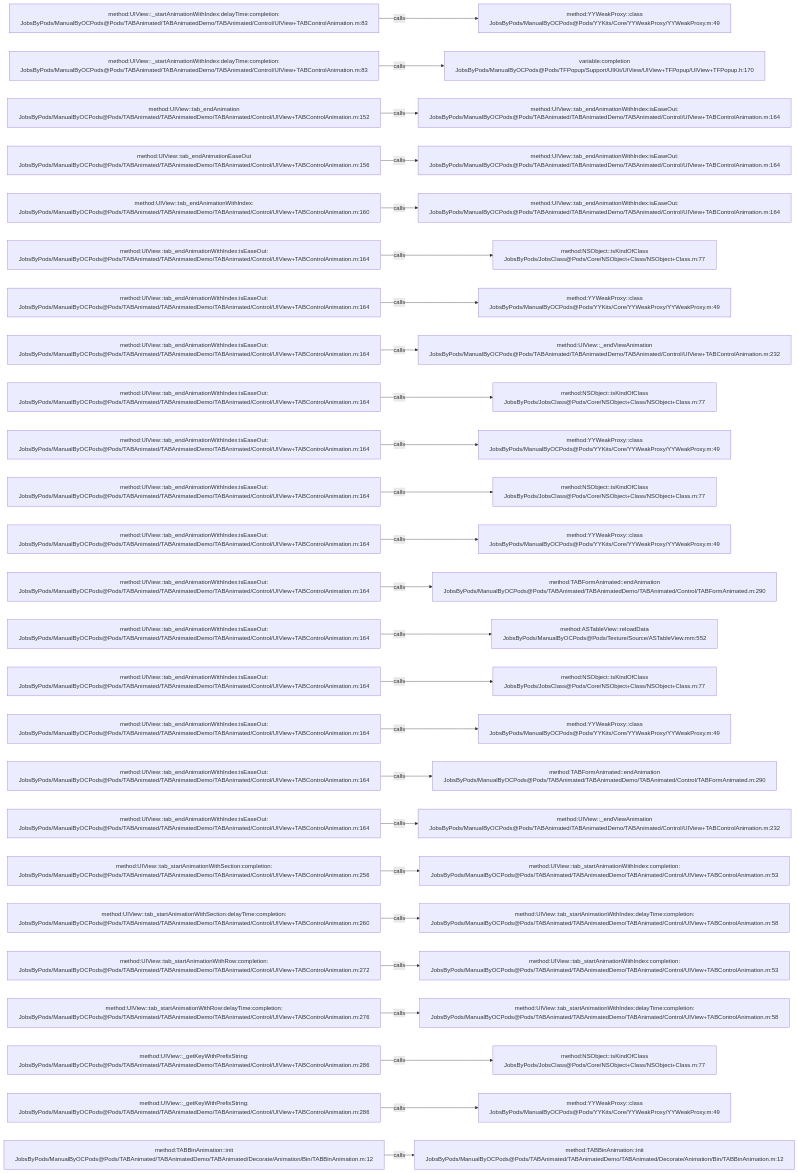
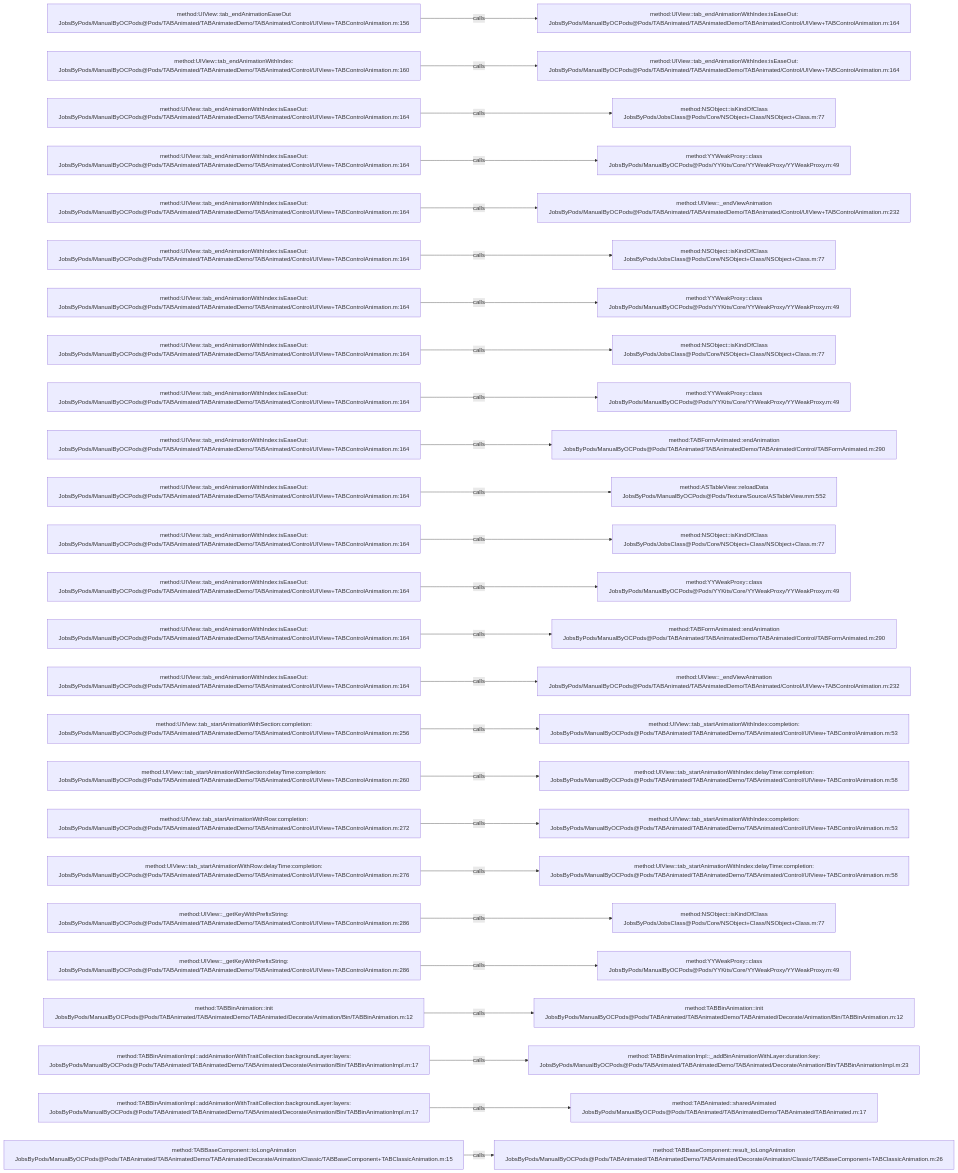
Before and after one commit to JobsKits/JobsOCBaseConfigDemo: the diagram in .codegraph/codegraph.md/graphs/calls-029.md, drawn with Mermaid. The commit also changed 342 other files, not shown here.

````diff
--- a/.codegraph/codegraph.md/graphs/calls-029.md
+++ b/.codegraph/codegraph.md/graphs/calls-029.md
@@ -13,78 +13,78 @@
 ```mermaid
 flowchart LR
-  S1["method:UIView::_startAnimationWithIndex:delayTime:completion:<br/>JobsByPods/ManualByOCPods@Pods/TABAnimated/TABAnimatedDemo/TABAnimated/Control/UIView+TABControlAnimation.m:83"]
-  T1["method:YYWeakProxy::class<br/>JobsByPods/ManualByOCPods@Pods/YYKits/Core/YYWeakProxy/YYWeakProxy.m:49"]
+  S1["method:UIView::tab_endAnimationEaseOut<br/>JobsByPods/ManualByOCPods@Pods/TABAnimated/TABAnimatedDemo/TABAnimated/Control/UIView+TABControlAnimation.m:156"]
+  T1["method:UIView::tab_endAnimationWithIndex:isEaseOut:<br/>JobsByPods/ManualByOCPods@Pods/TABAnimated/TABAnimatedDemo/TABAnimated/Control/UIView+TABControlAnimation.m:164"]
   S1 -->|calls| T1
-  S2["method:UIView::_startAnimationWithIndex:delayTime:completion:<br/>JobsByPods/ManualByOCPods@Pods/TABAnimated/TABAnimatedDemo/TABAnimated/Control/UIView+TABControlAnimation.m:83"]
-  T2["variable:completion<br/>JobsByPods/ManualByOCPods@Pods/TFPopup/Support/UIKit/UIView/UIView+TFPopup/UIView+TFPopup.h:170"]
+  S2["method:UIView::tab_endAnimationWithIndex:<br/>JobsByPods/ManualByOCPods@Pods/TABAnimated/TABAnimatedDemo/TABAnimated/Control/UIView+TABControlAnimation.m:160"]
+  T2["method:UIView::tab_endAnimationWithIndex:isEaseOut:<br/>JobsByPods/ManualByOCPods@Pods/TABAnimated/TABAnimatedDemo/TABAnimated/Control/UIView+TABControlAnimation.m:164"]
   S2 -->|calls| T2
-  S3["method:UIView::tab_endAnimation<br/>JobsByPods/ManualByOCPods@Pods/TABAnimated/TABAnimatedDemo/TABAnimated/Control/UIView+TABControlAnimation.m:152"]
-  T3["method:UIView::tab_endAnimationWithIndex:isEaseOut:<br/>JobsByPods/ManualByOCPods@Pods/TABAnimated/TABAnimatedDemo/TABAnimated/Control/UIView+TABControlAnimation.m:164"]
+  S3["method:UIView::tab_endAnimationWithIndex:isEaseOut:<br/>JobsByPods/ManualByOCPods@Pods/TABAnimated/TABAnimatedDemo/TABAnimated/Control/UIView+TABControlAnimation.m:164"]
+  T3["method:NSObject::isKindOfClass<br/>JobsByPods/JobsClass@Pods/Core/NSObject+Class/NSObject+Class.m:77"]
   S3 -->|calls| T3
-  S4["method:UIView::tab_endAnimationEaseOut<br/>JobsByPods/ManualByOCPods@Pods/TABAnimated/TABAnimatedDemo/TABAnimated/Control/UIView+TABControlAnimation.m:156"]
-  T4["method:UIView::tab_endAnimationWithIndex:isEaseOut:<br/>JobsByPods/ManualByOCPods@Pods/TABAnimated/TABAnimatedDemo/TABAnimated/Control/UIView+TABControlAnimation.m:164"]
+  S4["method:UIView::tab_endAnimationWithIndex:isEaseOut:<br/>JobsByPods/ManualByOCPods@Pods/TABAnimated/TABAnimatedDemo/TABAnimated/Control/UIView+TABControlAnimation.m:164"]
+  T4["method:YYWeakProxy::class<br/>JobsByPods/ManualByOCPods@Pods/YYKits/Core/YYWeakProxy/YYWeakProxy.m:49"]
   S4 -->|calls| T4
-  S5["method:UIView::tab_endAnimationWithIndex:<br/>JobsByPods/ManualByOCPods@Pods/TABAnimated/TABAnimatedDemo/TABAnimated/Control/UIView+TABControlAnimation.m:160"]
-  T5["method:UIView::tab_endAnimationWithIndex:isEaseOut:<br/>JobsByPods/ManualByOCPods@Pods/TABAnimated/TABAnimatedDemo/TABAnimated/Control/UIView+TABControlAnimation.m:164"]
+  S5["method:UIView::tab_endAnimationWithIndex:isEaseOut:<br/>JobsByPods/ManualByOCPods@Pods/TABAnimated/TABAnimatedDemo/TABAnimated/Control/UIView+TABControlAnimation.m:164"]
+  T5["method:UIView::_endViewAnimation<br/>JobsByPods/ManualByOCPods@Pods/TABAnimated/TABAnimatedDemo/TABAnimated/Control/UIView+TABControlAnimation.m:232"]
   S5 -->|calls| T5
   S6["method:UIView::tab_endAnimationWithIndex:isEaseOut:<br/>JobsByPods/ManualByOCPods@Pods/TABAnimated/TABAnimatedDemo/TABAnimated/Control/UIView+TABControlAnimation.m:164"]
   T6["method:NSObject::isKindOfClass<br/>JobsByPods/JobsClass@Pods/Core/NSObject+Class/NSObject+Class.m:77"]
   S6 -->|calls| T6
   S7["method:UIView::tab_endAnimationWithIndex:isEaseOut:<br/>JobsByPods/ManualByOCPods@Pods/TABAnimated/TABAnimatedDemo/TABAnimated/Control/UIView+TABControlAnimation.m:164"]
   T7["method:YYWeakProxy::class<br/>JobsByPods/ManualByOCPods@Pods/YYKits/Core/YYWeakProxy/YYWeakProxy.m:49"]
   S7 -->|calls| T7
   S8["method:UIView::tab_endAnimationWithIndex:isEaseOut:<br/>JobsByPods/ManualByOCPods@Pods/TABAnimated/TABAnimatedDemo/TABAnimated/Control/UIView+TABControlAnimation.m:164"]
-  T8["method:UIView::_endViewAnimation<br/>JobsByPods/ManualByOCPods@Pods/TABAnimated/TABAnimatedDemo/TABAnimated/Control/UIView+TABControlAnimation.m:232"]
+  T8["method:NSObject::isKindOfClass<br/>JobsByPods/JobsClass@Pods/Core/NSObject+Class/NSObject+Class.m:77"]
   S8 -->|calls| T8
   S9["method:UIView::tab_endAnimationWithIndex:isEaseOut:<br/>JobsByPods/ManualByOCPods@Pods/TABAnimated/TABAnimatedDemo/TABAnimated/Control/UIView+TABControlAnimation.m:164"]
-  T9["method:NSObject::isKindOfClass<br/>JobsByPods/JobsClass@Pods/Core/NSObject+Class/NSObject+Class.m:77"]
+  T9["method:YYWeakProxy::class<br/>JobsByPods/ManualByOCPods@Pods/YYKits/Core/YYWeakProxy/YYWeakProxy.m:49"]
   S9 -->|calls| T9
   S10["method:UIView::tab_endAnimationWithIndex:isEaseOut:<br/>JobsByPods/ManualByOCPods@Pods/TABAnimated/TABAnimatedDemo/TABAnimated/Control/UIView+TABControlAnimation.m:164"]
-  T10["method:YYWeakProxy::class<br/>JobsByPods/ManualByOCPods@Pods/YYKits/Core/YYWeakProxy/YYWeakProxy.m:49"]
+  T10["method:TABFormAnimated::endAnimation<br/>JobsByPods/ManualByOCPods@Pods/TABAnimated/TABAnimatedDemo/TABAnimated/Control/TABFormAnimated.m:290"]
   S10 -->|calls| T10
   S11["method:UIView::tab_endAnimationWithIndex:isEaseOut:<br/>JobsByPods/ManualByOCPods@Pods/TABAnimated/TABAnimatedDemo/TABAnimated/Control/UIView+TABControlAnimation.m:164"]
-  T11["method:NSObject::isKindOfClass<br/>JobsByPods/JobsClass@Pods/Core/NSObject+Class/NSObject+Class.m:77"]
+  T11["method:ASTableView::reloadData<br/>JobsByPods/ManualByOCPods@Pods/Texture/Source/ASTableView.mm:552"]
   S11 -->|calls| T11
   S12["method:UIView::tab_endAnimationWithIndex:isEaseOut:<br/>JobsByPods/ManualByOCPods@Pods/TABAnimated/TABAnimatedDemo/TABAnimated/Control/UIView+TABControlAnimation.m:164"]
-  T12["method:YYWeakProxy::class<br/>JobsByPods/ManualByOCPods@Pods/YYKits/Core/YYWeakProxy/YYWeakProxy.m:49"]
+  T12["method:NSObject::isKindOfClass<br/>JobsByPods/JobsClass@Pods/Core/NSObject+Class/NSObject+Class.m:77"]
   S12 -->|calls| T12
   S13["method:UIView::tab_endAnimationWithIndex:isEaseOut:<br/>JobsByPods/ManualByOCPods@Pods/TABAnimated/TABAnimatedDemo/TABAnimated/Control/UIView+TABControlAnimation.m:164"]
-  T13["method:TABFormAnimated::endAnimation<br/>JobsByPods/ManualByOCPods@Pods/TABAnimated/TABAnimatedDemo/TABAnimated/Control/TABFormAnimated.m:290"]
+  T13["method:YYWeakProxy::class<br/>JobsByPods/ManualByOCPods@Pods/YYKits/Core/YYWeakProxy/YYWeakProxy.m:49"]
   S13 -->|calls| T13
   S14["method:UIView::tab_endAnimationWithIndex:isEaseOut:<br/>JobsByPods/ManualByOCPods@Pods/TABAnimated/TABAnimatedDemo/TABAnimated/Control/UIView+TABControlAnimation.m:164"]
-  T14["method:ASTableView::reloadData<br/>JobsByPods/ManualByOCPods@Pods/Texture/Source/ASTableView.mm:552"]
+  T14["method:TABFormAnimated::endAnimation<br/>JobsByPods/ManualByOCPods@Pods/TABAnimated/TABAnimatedDemo/TABAnimated/Control/TABFormAnimated.m:290"]
   S14 -->|calls| T14
   S15["method:UIView::tab_endAnimationWithIndex:isEaseOut:<br/>JobsByPods/ManualByOCPods@Pods/TABAnimated/TABAnimatedDemo/TABAnimated/Control/UIView+TABControlAnimation.m:164"]
-  T15["method:NSObject::isKindOfClass<br/>JobsByPods/JobsClass@Pods/Core/NSObject+Class/NSObject+Class.m:77"]
+  T15["method:UIView::_endViewAnimation<br/>JobsByPods/ManualByOCPods@Pods/TABAnimated/TABAnimatedDemo/TABAnimated/Control/UIView+TABControlAnimation.m:232"]
   S15 -->|calls| T15
-  S16["method:UIView::tab_endAnimationWithIndex:isEaseOut:<br/>JobsByPods/ManualByOCPods@Pods/TABAnimated/TABAnimatedDemo/TABAnimated/Control/UIView+TABControlAnimation.m:164"]
-  T16["method:YYWeakProxy::class<br/>JobsByPods/ManualByOCPods@Pods/YYKits/Core/YYWeakProxy/YYWeakProxy.m:49"]
+  S16["method:UIView::tab_startAnimationWithSection:completion:<br/>JobsByPods/ManualByOCPods@Pods/TABAnimated/TABAnimatedDemo/TABAnimated/Control/UIView+TABControlAnimation.m:256"]
+  T16["method:UIView::tab_startAnimationWithIndex:completion:<br/>JobsByPods/ManualByOCPods@Pods/TABAnimated/TABAnimatedDemo/TABAnimated/Control/UIView+TABControlAnimation.m:53"]
   S16 -->|calls| T16
-  S17["method:UIView::tab_endAnimationWithIndex:isEaseOut:<br/>JobsByPods/ManualByOCPods@Pods/TABAnimated/TABAnimatedDemo/TABAnimated/Control/UIView+TABControlAnimation.m:164"]
-  T17["method:TABFormAnimated::endAnimation<br/>JobsByPods/ManualByOCPods@Pods/TABAnimated/TABAnimatedDemo/TABAnimated/Control/TABFormAnimated.m:290"]
+  S17["method:UIView::tab_startAnimationWithSection:delayTime:completion:<br/>JobsByPods/ManualByOCPods@Pods/TABAnimated/TABAnimatedDemo/TABAnimated/Control/UIView+TABControlAnimation.m:260"]
+  T17["method:UIView::tab_startAnimationWithIndex:delayTime:completion:<br/>JobsByPods/ManualByOCPods@Pods/TABAnimated/TABAnimatedDemo/TABAnimated/Control/UIView+TABControlAnimation.m:58"]
   S17 -->|calls| T17
-  S18["method:UIView::tab_endAnimationWithIndex:isEaseOut:<br/>JobsByPods/ManualByOCPods@Pods/TABAnimated/TABAnimatedDemo/TABAnimated/Control/UIView+TABControlAnimation.m:164"]
-  T18["method:UIView::_endViewAnimation<br/>JobsByPods/ManualByOCPods@Pods/TABAnimated/TABAnimatedDemo/TABAnimated/Control/UIView+TABControlAnimation.m:232"]
+  S18["method:UIView::tab_startAnimationWithRow:completion:<br/>JobsByPods/ManualByOCPods@Pods/TABAnimated/TABAnimatedDemo/TABAnimated/Control/UIView+TABControlAnimation.m:272"]
+  T18["method:UIView::tab_startAnimationWithIndex:completion:<br/>JobsByPods/ManualByOCPods@Pods/TABAnimated/TABAnimatedDemo/TABAnimated/Control/UIView+TABControlAnimation.m:53"]
   S18 -->|calls| T18
-  S19["method:UIView::tab_startAnimationWithSection:completion:<br/>JobsByPods/ManualByOCPods@Pods/TABAnimated/TABAnimatedDemo/TABAnimated/Control/UIView+TABControlAnimation.m:256"]
-  T19["method:UIView::tab_startAnimationWithIndex:completion:<br/>JobsByPods/ManualByOCPods@Pods/TABAnimated/TABAnimatedDemo/TABAnimated/Control/UIView+TABControlAnimation.m:53"]
+  S19["method:UIView::tab_startAnimationWithRow:delayTime:completion:<br/>JobsByPods/ManualByOCPods@Pods/TABAnimated/TABAnimatedDemo/TABAnimated/Control/UIView+TABControlAnimation.m:276"]
+  T19["method:UIView::tab_startAnimationWithIndex:delayTime:completion:<br/>JobsByPods/ManualByOCPods@Pods/TABAnimated/TABAnimatedDemo/TABAnimated/Control/UIView+TABControlAnimation.m:58"]
   S19 -->|calls| T19
-  S20["method:UIView::tab_startAnimationWithSection:delayTime:completion:<br/>JobsByPods/ManualByOCPods@Pods/TABAnimated/TABAnimatedDemo/TABAnimated/Control/UIView+TABControlAnimation.m:260"]
-  T20["method:UIView::tab_startAnimationWithIndex:delayTime:completion:<br/>JobsByPods/ManualByOCPods@Pods/TABAnimated/TABAnimatedDemo/TABAnimated/Control/UIView+TABControlAnimation.m:58"]
+  S20["method:UIView::_getKeyWithPrefixString:<br/>JobsByPods/ManualByOCPods@Pods/TABAnimated/TABAnimatedDemo/TABAnimated/Control/UIView+TABControlAnimation.m:286"]
+  T20["method:NSObject::isKindOfClass<br/>JobsByPods/JobsClass@Pods/Core/NSObject+Class/NSObject+Class.m:77"]
   S20 -->|calls| T20
-  S21["method:UIView::tab_startAnimationWithRow:completion:<br/>JobsByPods/ManualByOCPods@Pods/TABAnimated/TABAnimatedDemo/TABAnimated/Control/UIView+TABControlAnimation.m:272"]
-  T21["method:UIView::tab_startAnimationWithIndex:completion:<br/>JobsByPods/ManualByOCPods@Pods/TABAnimated/TABAnimatedDemo/TABAnimated/Control/UIView+TABControlAnimation.m:53"]
+  S21["method:UIView::_getKeyWithPrefixString:<br/>JobsByPods/ManualByOCPods@Pods/TABAnimated/TABAnimatedDemo/TABAnimated/Control/UIView+TABControlAnimation.m:286"]
+  T21["method:YYWeakProxy::class<br/>JobsByPods/ManualByOCPods@Pods/YYKits/Core/YYWeakProxy/YYWeakProxy.m:49"]
   S21 -->|calls| T21
-  S22["method:UIView::tab_startAnimationWithRow:delayTime:completion:<br/>JobsByPods/ManualByOCPods@Pods/TABAnimated/TABAnimatedDemo/TABAnimated/Control/UIView+TABControlAnimation.m:276"]
-  T22["method:UIView::tab_startAnimationWithIndex:delayTime:completion:<br/>JobsByPods/ManualByOCPods@Pods/TABAnimated/TABAnimatedDemo/TABAnimated/Control/UIView+TABControlAnimation.m:58"]
+  S22["method:TABBinAnimation::init<br/>JobsByPods/ManualByOCPods@Pods/TABAnimated/TABAnimatedDemo/TABAnimated/Decorate/Animation/Bin/TABBinAnimation.m:12"]
+  T22["method:TABBinAnimation::init<br/>JobsByPods/ManualByOCPods@Pods/TABAnimated/TABAnimatedDemo/TABAnimated/Decorate/Animation/Bin/TABBinAnimation.m:12"]
   S22 -->|calls| T22
-  S23["method:UIView::_getKeyWithPrefixString:<br/>JobsByPods/ManualByOCPods@Pods/TABAnimated/TABAnimatedDemo/TABAnimated/Control/UIView+TABControlAnimation.m:286"]
-  T23["method:NSObject::isKindOfClass<br/>JobsByPods/JobsClass@Pods/Core/NSObject+Class/NSObject+Class.m:77"]
+  S23["method:TABBinAnimationImpl::addAnimationWithTraitCollection:backgroundLayer:layers:<br/>JobsByPods/ManualByOCPods@Pods/TABAnimated/TABAnimatedDemo/TABAnimated/Decorate/Animation/Bin/TABBinAnimationImpl.m:17"]
+  T23["method:TABBinAnimationImpl::_addBinAnimationWithLayer:duration:key:<br/>JobsByPods/ManualByOCPods@Pods/TABAnimated/TABAnimatedDemo/TABAnimated/Decorate/Animation/Bin/TABBinAnimationImpl.m:23"]
   S23 -->|calls| T23
-  S24["method:UIView::_getKeyWithPrefixString:<br/>JobsByPods/ManualByOCPods@Pods/TABAnimated/TABAnimatedDemo/TABAnimated/Control/UIView+TABControlAnimation.m:286"]
-  T24["method:YYWeakProxy::class<br/>JobsByPods/ManualByOCPods@Pods/YYKits/Core/YYWeakProxy/YYWeakProxy.m:49"]
+  S24["method:TABBinAnimationImpl::addAnimationWithTraitCollection:backgroundLayer:layers:<br/>JobsByPods/ManualByOCPods@Pods/TABAnimated/TABAnimatedDemo/TABAnimated/Decorate/Animation/Bin/TABBinAnimationImpl.m:17"]
+  T24["method:TABAnimated::sharedAnimated<br/>JobsByPods/ManualByOCPods@Pods/TABAnimated/TABAnimatedDemo/TABAnimated/TABAnimated.m:17"]
   S24 -->|calls| T24
-  S25["method:TABBinAnimation::init<br/>JobsByPods/ManualByOCPods@Pods/TABAnimated/TABAnimatedDemo/TABAnimated/Decorate/Animation/Bin/TABBinAnimation.m:12"]
-  T25["method:TABBinAnimation::init<br/>JobsByPods/ManualByOCPods@Pods/TABAnimated/TABAnimatedDemo/TABAnimated/Decorate/Animation/Bin/TABBinAnimation.m:12"]
+  S25["method:TABBaseComponent::toLongAnimation<br/>JobsByPods/ManualByOCPods@Pods/TABAnimated/TABAnimatedDemo/TABAnimated/Decorate/Animation/Classic/TABBaseComponent+TABClassicAnimation.m:15"]
+  T25["method:TABBaseComponent::result_toLongAnimation<br/>JobsByPods/ManualByOCPods@Pods/TABAnimated/TABAnimatedDemo/TABAnimated/Decorate/Animation/Classic/TABBaseComponent+TABClassicAnimation.m:26"]
   S25 -->|calls| T25
 ```
````
